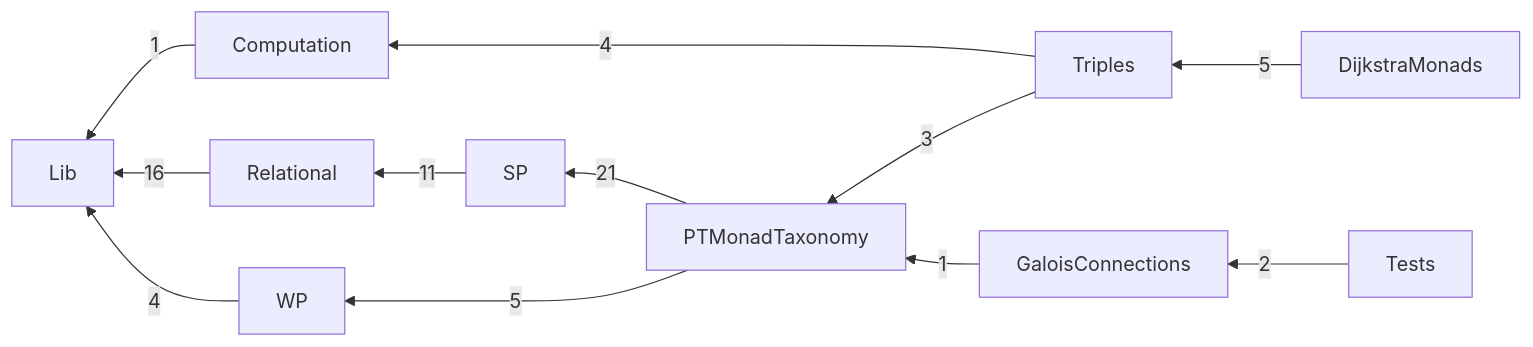
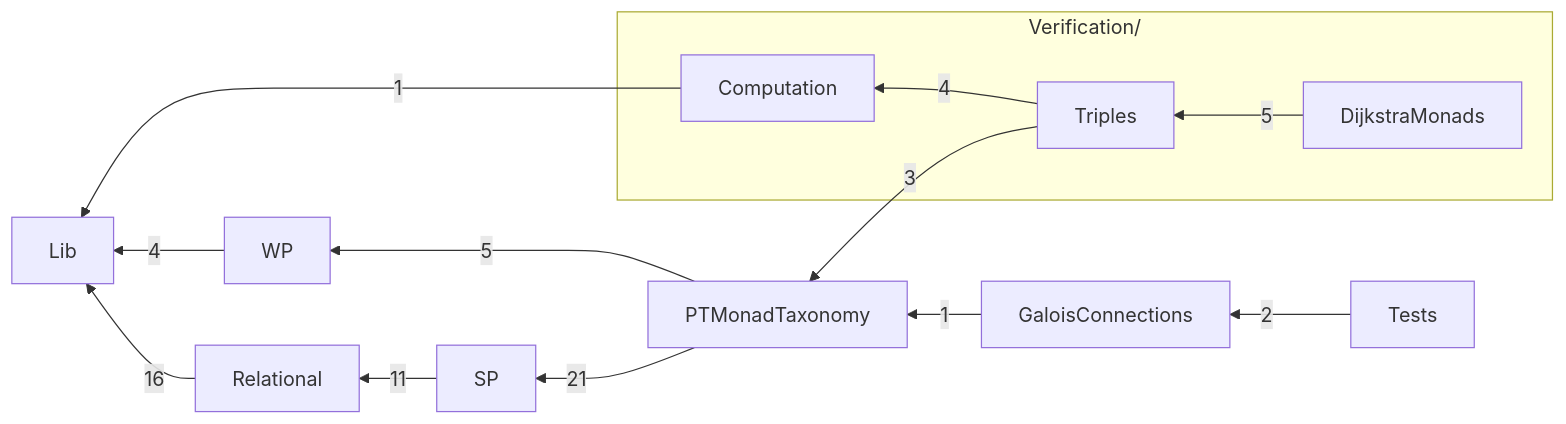
The diagram in Code/README.md (lastland/SpecMonad), drawn with Mermaid before and after one commit. The commit also changed other lines of this file and 30 other files, not shown here.

First line of the commit message:
Group Computation, Triples and DijkstraMonads under Code/Verification/

````diff
--- a/Code/README.md
+++ b/Code/README.md
@@ -42,14 +43,19 @@
 ```mermaid
 flowchart RL
-  Computation[Computation] -->|1| Lib[Lib]
-  DijkstraMonads[DijkstraMonads] -->|5| Triples[Triples]
+  subgraph Verification[Verification/]
+    Verification_Computation[Computation]
+    Verification_DijkstraMonads[DijkstraMonads]
+    Verification_Triples[Triples]
+  end
   GaloisConnections[GaloisConnections] -->|1| PTMonadTaxonomy[PTMonadTaxonomy]
   PTMonadTaxonomy[PTMonadTaxonomy] -->|21| SP[SP]
   PTMonadTaxonomy[PTMonadTaxonomy] -->|5| WP[WP]
   Relational[Relational] -->|16| Lib[Lib]
   SP[SP] -->|11| Relational[Relational]
   Tests[Tests] -->|2| GaloisConnections[GaloisConnections]
-  Triples[Triples] -->|4| Computation[Computation]
-  Triples[Triples] -->|3| PTMonadTaxonomy[PTMonadTaxonomy]
+  Verification_Computation -->|1| Lib[Lib]
+  Verification_DijkstraMonads -->|5| Verification_Triples
+  Verification_Triples -->|3| PTMonadTaxonomy[PTMonadTaxonomy]
+  Verification_Triples -->|4| Verification_Computation
   WP[WP] -->|4| Lib[Lib]
 ```
````
